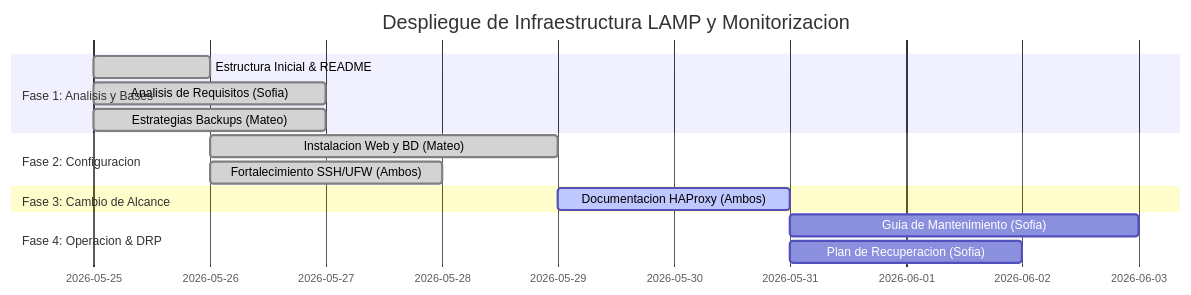
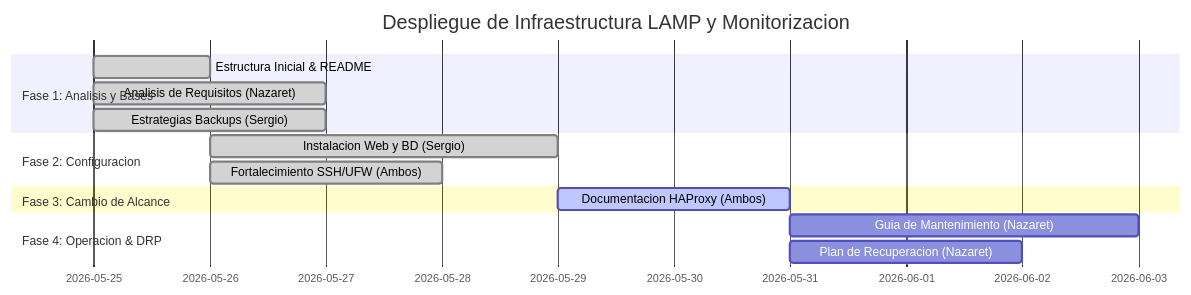
The diagram in docs/03-planificacion.md (vjp-nazaretRM/infraestructura-LAMP), drawn with Mermaid before and after one commit. The commit also changed other lines of this file and 4 other files, not shown here.

````diff
--- a/docs/03-planificacion.md
+++ b/docs/03-planificacion.md
@@ -7,17 +7,17 @@
 ```mermaid
 gantt
     title Despliegue de Infraestructura LAMP y Monitorizacion
     dateFormat  YYYY-MM-DD
     section Fase 1: Analisis y Bases
     Estructura Inicial & README    :done, s1, 2026-05-25, 1d
-    Analisis de Requisitos (Sofia) :done, s2, 2026-05-25, 2d
-    Estrategias Backups (Mateo)    :done, s3, 2026-05-25, 2d
+    Analisis de Requisitos (Nazaret) :done, s2, 2026-05-25, 2d
+    Estrategias Backups (Sergio)    :done, s3, 2026-05-25, 2d
     section Fase 2: Configuracion
-    Instalacion Web y BD (Mateo)  :done, s4, 2026-05-26, 3d
+    Instalacion Web y BD (Sergio)  :done, s4, 2026-05-26, 3d
     Fortalecimiento SSH/UFW (Ambos):done, s5, 2026-05-26, 2d
     section Fase 3: Cambio de Alcance
     Documentacion HAProxy (Ambos)  :active, s6, 2026-05-29, 2d
     section Fase 4: Operacion & DRP
-    Guia de Mantenimiento (Sofia) :s7, 2026-05-31, 3d
-    Plan de Recuperacion (Sofia)  :s8, 2026-05-31, 2d
+    Guia de Mantenimiento (Nazaret) :s7, 2026-05-31, 3d
+    Plan de Recuperacion (Nazaret)  :s8, 2026-05-31, 2d
 ```
````
